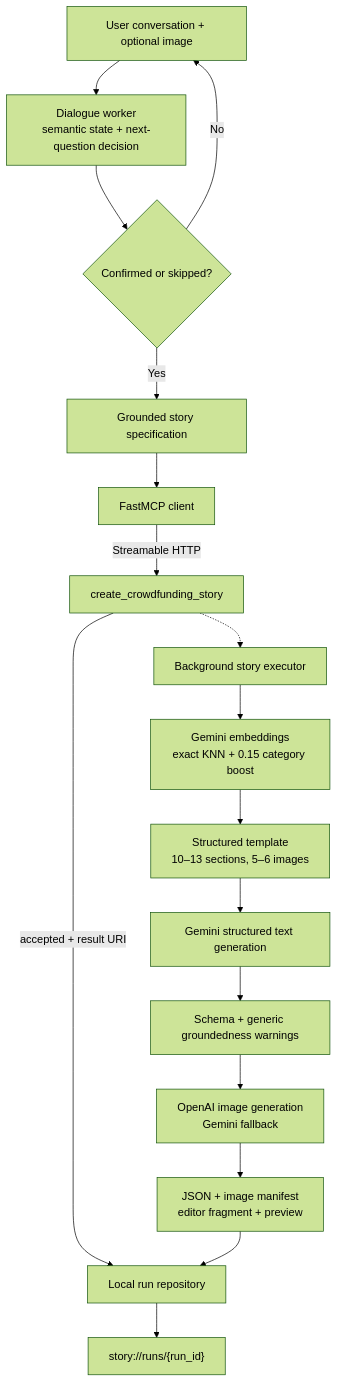
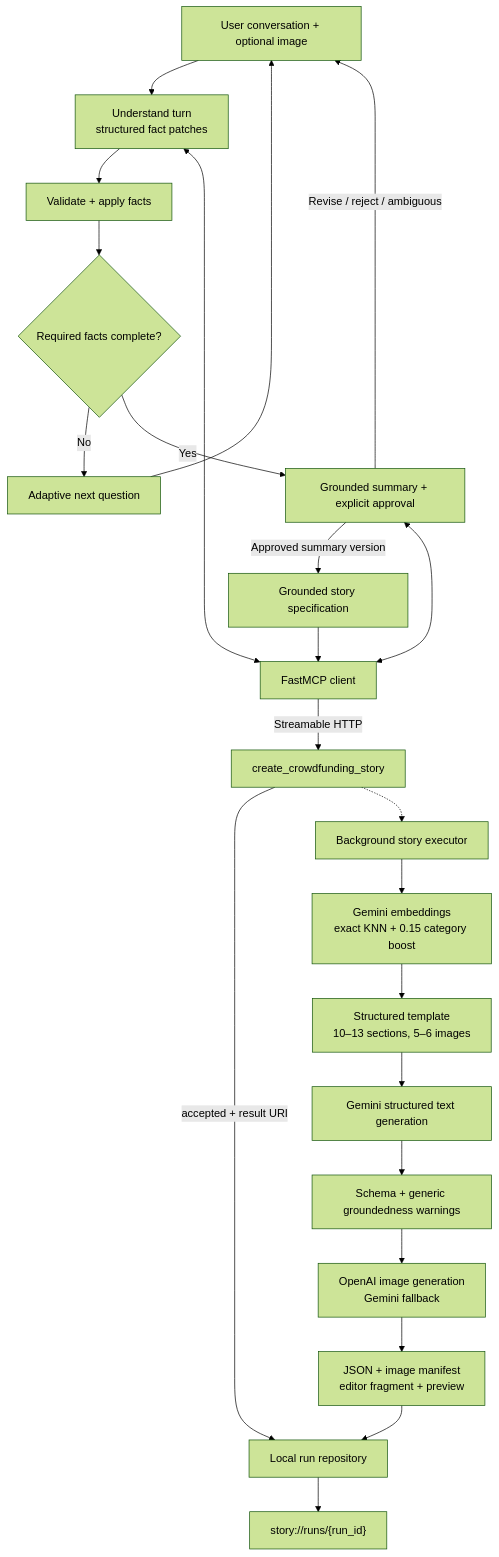
Before and after one commit to KT-Cloud-Tech-Up-team6/funding-story-ai: the diagram in README.md, drawn with Mermaid (forest theme). The commit also changed other lines of this file and 16 other files, not shown here.

Commit message:
Implement adaptive conversation worker

````diff
--- a/README.md
+++ b/README.md
@@ -169,21 +172,28 @@
 ```mermaid
 flowchart TB
-    U["User conversation + optional image"] --> W["Dialogue worker<br/>semantic state + next-question decision"]
-    W --> Q{"Confirmed or skipped?"}
-    Q -->|No| U
-    Q -->|Yes| B["Grounded story specification"]
+    U["User conversation + optional image"] --> X["Understand turn<br/>structured fact patches"]
+    X --> F["Validate + apply facts"]
+    F --> Q{"Required facts complete?"}
+    Q -->|No| N["Adaptive next question"]
+    N --> U
+    Q -->|Yes| A["Grounded summary + explicit approval"]
+    A -->|Revise / reject / ambiguous| U
+    A -->|Approved summary version| B["Grounded story specification"]
+    C[("SQLite checkpointer<br/>thread-scoped state")]
+    C <--> X
+    C <--> A
 
     B --> C["FastMCP client"]
     C -->|"Streamable HTTP"| M["create_crowdfunding_story"]
     M -->|"accepted + result URI"| S["Local run repository"]
     M -.-> E["Background story executor"]
 
     E --> K["Gemini embeddings<br/>exact KNN + 0.15 category boost"]
     K --> T["Structured template<br/>10–13 sections, 5–6 images"]
     T --> G["Gemini structured text generation"]
     G --> V["Schema + generic groundedness warnings"]
     V --> I["OpenAI image generation<br/>Gemini fallback"]
     I --> H["JSON + image manifest<br/>editor fragment + preview"]
     H --> S
     S --> R["story://runs/{run_id}"]
 ```
````
